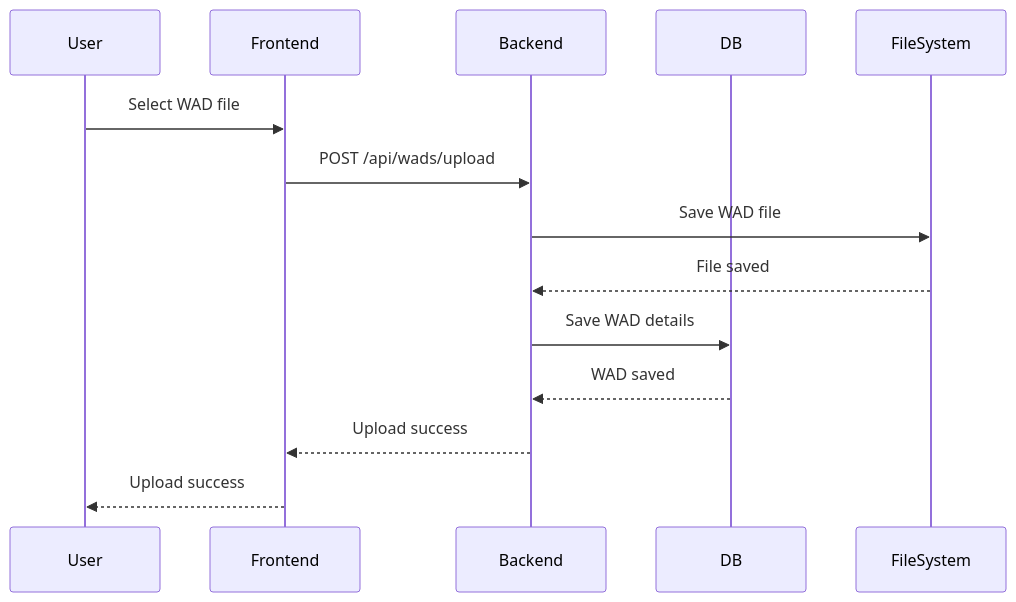
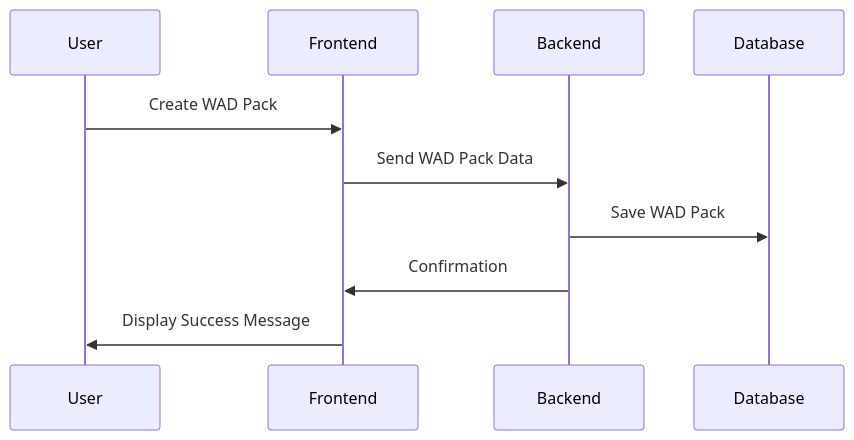
Before and after one commit to Lukas-Hoernle/WAD-Loader-3: the ninth of 10 diagrams in documentation/abgabe.md, drawn with Mermaid. The commit also changed other lines of this file, not shown here.

````diff
--- a/documentation/abgabe.md
+++ b/documentation/abgabe.md
@@ -298,17 +211,13 @@
 ```mermaid
 sequenceDiagram
     participant User
     participant Frontend
     participant Backend
-    participant DB
-    participant FileSystem
+    participant Database
 
-    User->>Frontend: Select WAD file
-    Frontend->>Backend: POST /api/wads/upload
-    Backend->>FileSystem: Save WAD file
-    FileSystem-->>Backend: File saved
-    Backend->>DB: Save WAD details
-    DB-->>Backend: WAD saved
-    Backend-->>Frontend: Upload success
-    Frontend-->>User: Upload success
+    User ->> Frontend: Create WAD Pack
+    Frontend ->> Backend: Send WAD Pack Data
+    Backend ->> Database: Save WAD Pack
+    Backend ->> Frontend: Confirmation
+    Frontend ->> User: Display Success Message
 ```
````
